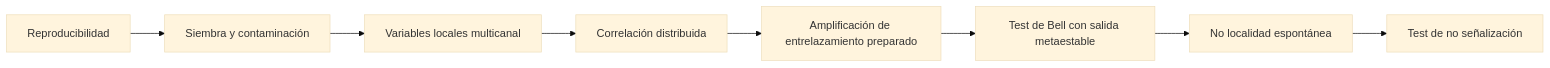
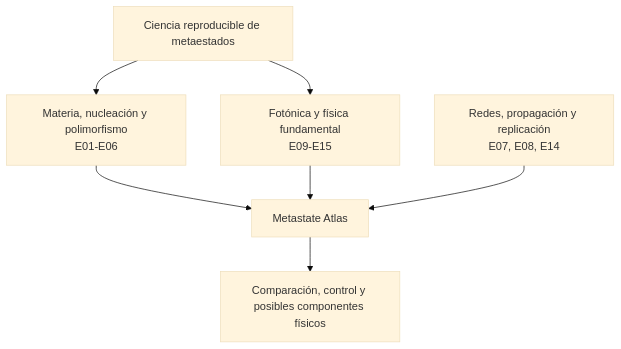
The diagram in README.md (Papishushi/metastable-nucleation-suite), drawn with Mermaid (base theme) before and after one commit. The commit also changed other lines of this file, not shown here.

Commit message:
Expose Metastate Atlas vision and capacity model

````diff
--- a/README.md
+++ b/README.md
@@ -141,10 +164,10 @@
 ```mermaid
-flowchart LR
-    A[Reproducibilidad] --> B[Siembra y contaminación]
-    B --> C[Variables locales multicanal]
-    C --> D[Correlación distribuida]
-    D --> E[Amplificación de entrelazamiento preparado]
-    E --> F[Test de Bell con salida metaestable]
-    F --> G[No localidad espontánea]
-    G --> H[Test de no señalización]
+flowchart TB
+    M[Ciencia reproducible de metaestados]
+    M --> A[Materia, nucleación y polimorfismo<br/>E01-E06]
+    M --> B[Fotónica y física fundamental<br/>E09-E15]
+    A --> C[Metastate Atlas]
+    B --> C
+    D[Redes, propagación y replicación<br/>E07, E08, E14] --> C
+    C --> E[Comparación, control y posibles componentes físicos]
 ```
````
